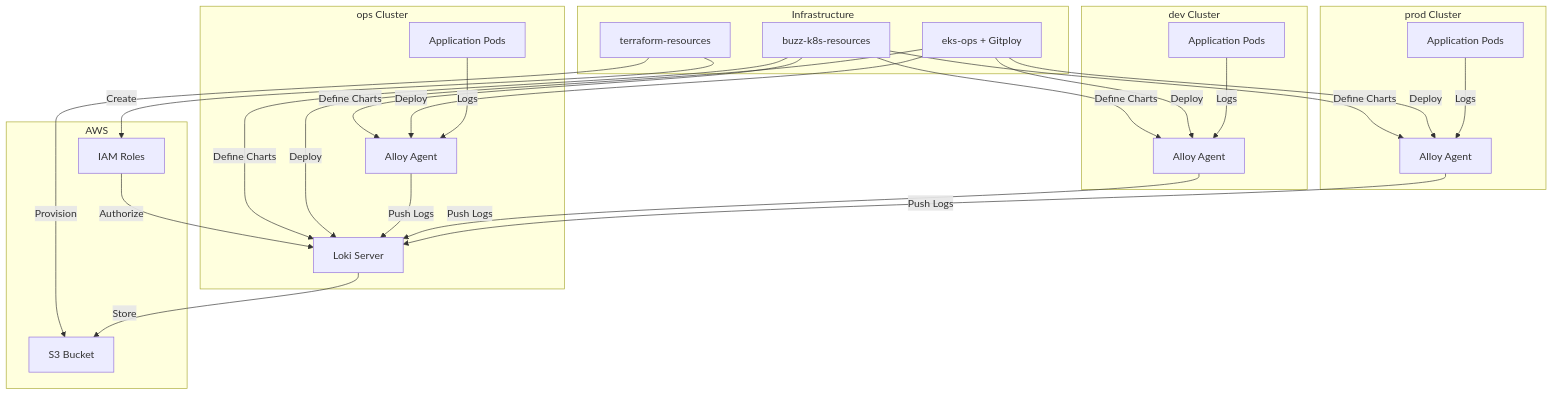
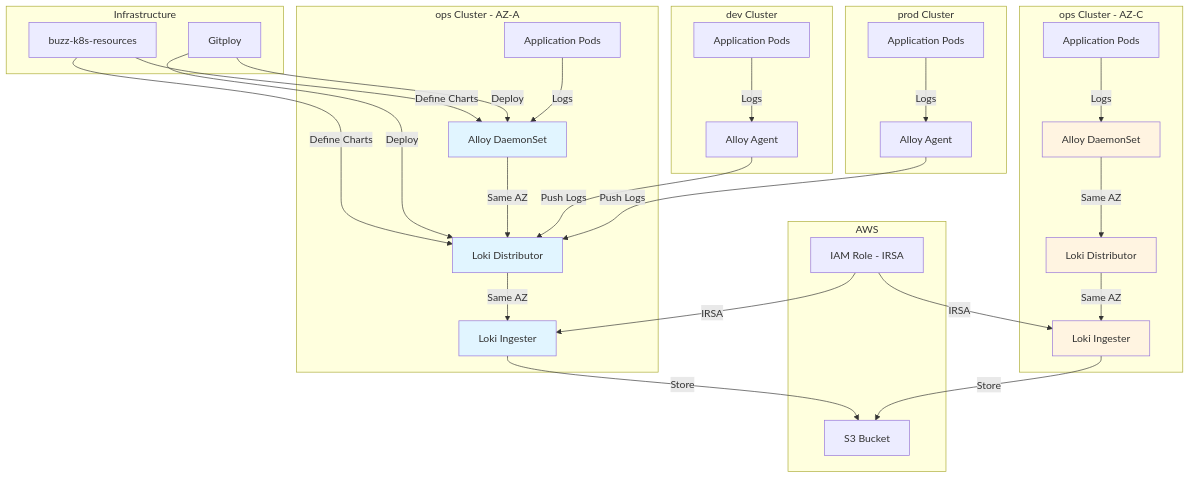
Before and after one commit to Buzzvil/KiroKi: the first of 2 diagrams in .kiro/specs/loki-alloy-deployment/design.md, drawn with Mermaid. The commit also changed other lines of this file and 1 other file, not shown here.

First line of the commit message:
refactor: Change output to Helm charts only and add AZ-aware architecture

````diff
--- a/.kiro/specs/loki-alloy-deployment/design.md
+++ b/.kiro/specs/loki-alloy-deployment/design.md
@@ -25,51 +31,66 @@
 ```mermaid
 graph TB
     subgraph "AWS"
         S3[S3 Bucket]
-        IAM[IAM Roles]
+        IAM[IAM Role - IRSA]
     end
     
-    subgraph "ops Cluster"
-        Loki[Loki Server]
-        AlloyOps[Alloy Agent]
-        PodsOps[Application Pods]
+    subgraph "ops Cluster - AZ-A"
+        LokiDistA[Loki Distributor]
+        LokiIngA[Loki Ingester]
+        AlloyOpsA[Alloy DaemonSet]
+        PodsOpsA[Application Pods]
+    end
+    
+    subgraph "ops Cluster - AZ-C"
+        LokiDistC[Loki Distributor]
+        LokiIngC[Loki Ingester]
+        AlloyOpsC[Alloy DaemonSet]
+        PodsOpsC[Application Pods]
     end
     
     subgraph "dev Cluster"
         AlloyDev[Alloy Agent]
         PodsDev[Application Pods]
     end
     
     subgraph "prod Cluster"
         AlloyProd[Alloy Agent]
         PodsProd[Application Pods]
     end
     
     subgraph "Infrastructure"
-        Terraform[terraform-resources]
         Helm[buzz-k8s-resources]
-        GitOps[eks-ops + Gitploy]
+        GitOps[Gitploy]
     end
     
-    Terraform -->|Provision| S3
-    Terraform -->|Create| IAM
-    Helm -->|Define Charts| Loki
-    Helm -->|Define Charts| AlloyOps
-    Helm -->|Define Charts| AlloyDev
-    Helm -->|Define Charts| AlloyProd
-    GitOps -->|Deploy| Loki
-    GitOps -->|Deploy| AlloyOps
-    GitOps -->|Deploy| AlloyDev
-    GitOps -->|Deploy| AlloyProd
+    Helm -->|Define Charts| LokiDistA
+    Helm -->|Define Charts| AlloyOpsA
+    GitOps -->|Deploy| LokiDistA
+    GitOps -->|Deploy| AlloyOpsA
     
-    PodsOps -->|Logs| AlloyOps
+    PodsOpsA -->|Logs| AlloyOpsA
+    PodsOpsC -->|Logs| AlloyOpsC
     PodsDev -->|Logs| AlloyDev
     PodsProd -->|Logs| AlloyProd
     
-    AlloyOps -->|Push Logs| Loki
-    AlloyDev -->|Push Logs| Loki
-    AlloyProd -->|Push Logs| Loki
+    AlloyOpsA -->|Same AZ| LokiDistA
+    AlloyOpsC -->|Same AZ| LokiDistC
+    AlloyDev -->|Push Logs| LokiDistA
+    AlloyProd -->|Push Logs| LokiDistA
     
-    Loki -->|Store| S3
-    IAM -->|Authorize| Loki
+    LokiDistA -->|Same AZ| LokiIngA
+    LokiDistC -->|Same AZ| LokiIngC
+    
+    LokiIngA -->|Store| S3
+    LokiIngC -->|Store| S3
+    IAM -->|IRSA| LokiIngA
+    IAM -->|IRSA| LokiIngC
+    
+    style AlloyOpsA fill:#e1f5ff
+    style LokiDistA fill:#e1f5ff
+    style LokiIngA fill:#e1f5ff
+    style AlloyOpsC fill:#fff4e1
+    style LokiDistC fill:#fff4e1
+    style LokiIngC fill:#fff4e1
 ```
````
